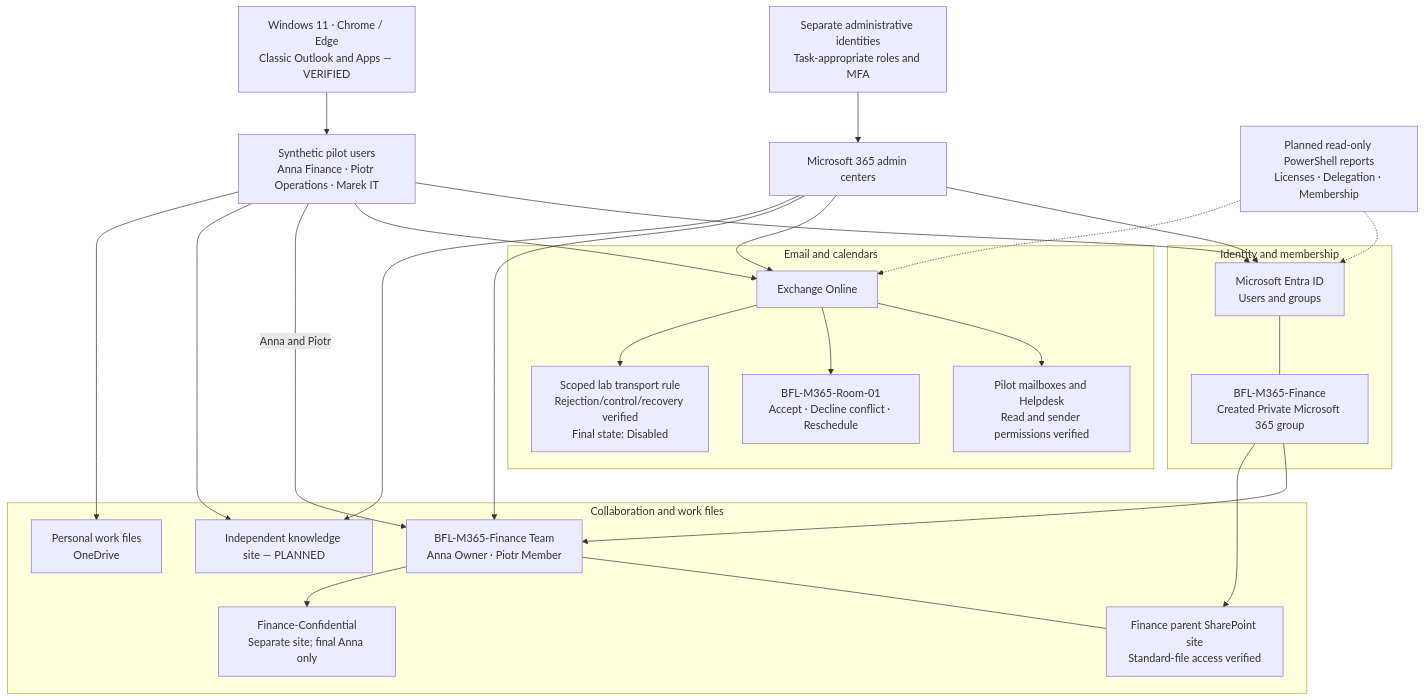
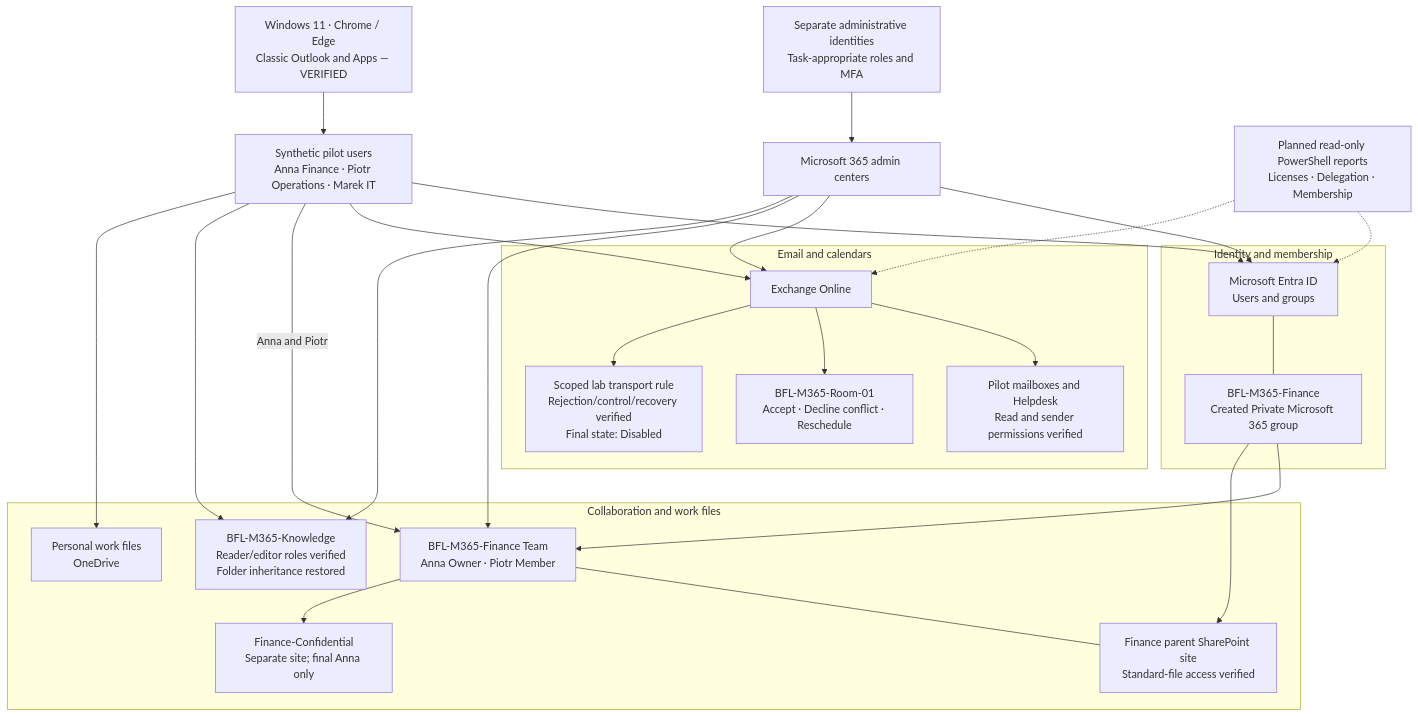
The diagram in README.md (krzysztof-szot/m365-administration-support-project), drawn with Mermaid before and after one commit. The commit also changed other lines of this file and 20 other files, not shown here.

````diff
--- a/README.md
+++ b/README.md
@@ -217,51 +235,51 @@
 ```mermaid
 flowchart TB
     ADMIN["Separate administrative identities<br/>Task-appropriate roles and MFA"]
     CENTERS["Microsoft 365 admin centers"]
     PILOTS["Synthetic pilot users<br/>Anna Finance · Piotr Operations · Marek IT"]
     CLIENT["Windows 11 · Chrome / Edge<br/>Classic Outlook and Apps — VERIFIED"]
 
     subgraph IDENTITY["Identity and membership"]
         ENTRA["Microsoft Entra ID<br/>Users and groups"]
         GROUP["BFL-M365-Finance<br/>Created Private Microsoft 365 group"]
     end
 
     subgraph MESSAGING["Email and calendars"]
         EXO["Exchange Online"]
         MAIL["Pilot mailboxes and Helpdesk<br/>Read and sender permissions verified"]
         ROOM["BFL-M365-Room-01<br/>Accept · Decline conflict · Reschedule"]
         RULE["Scoped lab transport rule<br/>Rejection/control/recovery verified<br/>Final state: Disabled"]
     end
 
     subgraph COLLABORATION["Collaboration and work files"]
         TEAM["BFL-M365-Finance Team<br/>Anna Owner · Piotr Member"]
         PARENT["Finance parent SharePoint site<br/>Standard-file access verified"]
         PRIVATE["Finance-Confidential<br/>Separate site; final Anna only"]
-        KNOWLEDGE["Independent knowledge site — PLANNED"]
+        KNOWLEDGE["BFL-M365-Knowledge<br/>Reader/editor roles verified<br/>Folder inheritance restored"]
         ONEDRIVE["Personal work files<br/>OneDrive"]
     end
 
     REPORTS["Planned read-only PowerShell reports<br/>Licenses · Delegation · Membership"]
 
     ADMIN --> CENTERS
     CENTERS --> ENTRA
     CENTERS --> EXO
     CENTERS --> TEAM
     CENTERS --> KNOWLEDGE
     PILOTS --> ENTRA
     CLIENT --> PILOTS
     PILOTS --> EXO
     PILOTS -->|Anna and Piotr| TEAM
     PILOTS --> KNOWLEDGE
     PILOTS --> ONEDRIVE
     ENTRA --- GROUP
     GROUP --> TEAM
     GROUP --> PARENT
     EXO --> MAIL
     EXO --> ROOM
     EXO --> RULE
     TEAM --- PARENT
     TEAM --> PRIVATE
     REPORTS -.-> ENTRA
     REPORTS -.-> EXO
 ```
````
